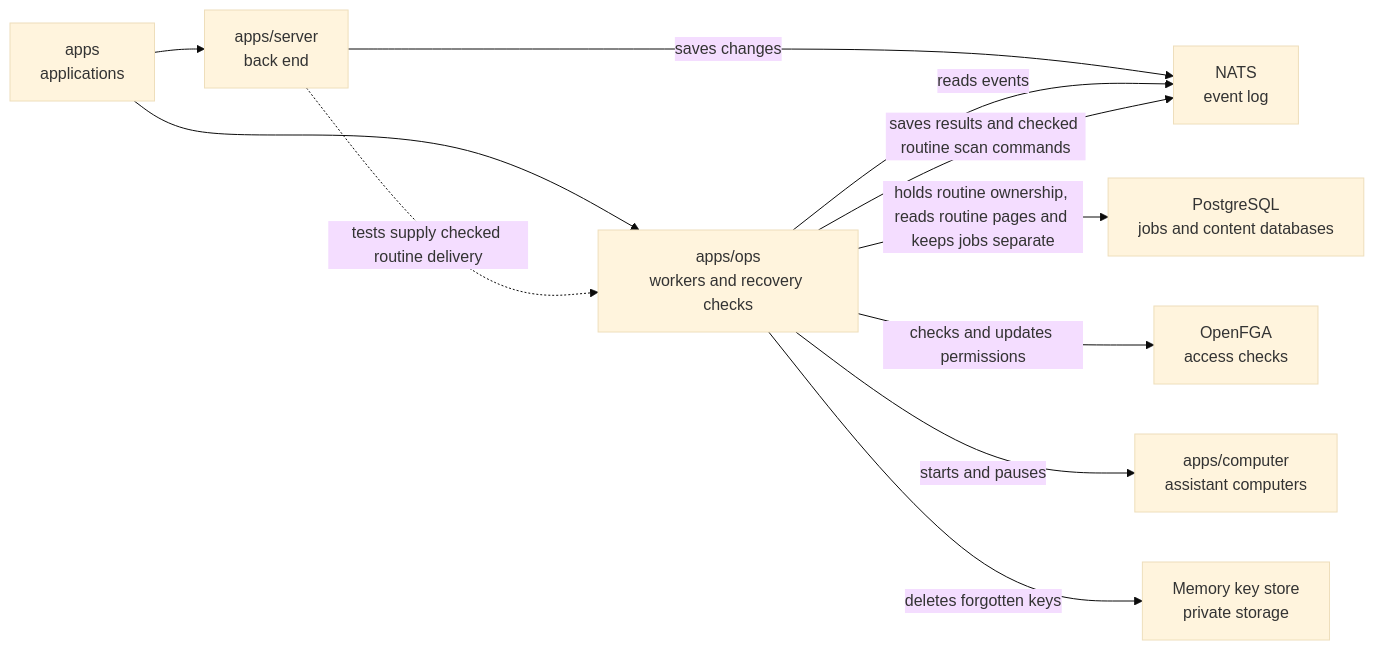
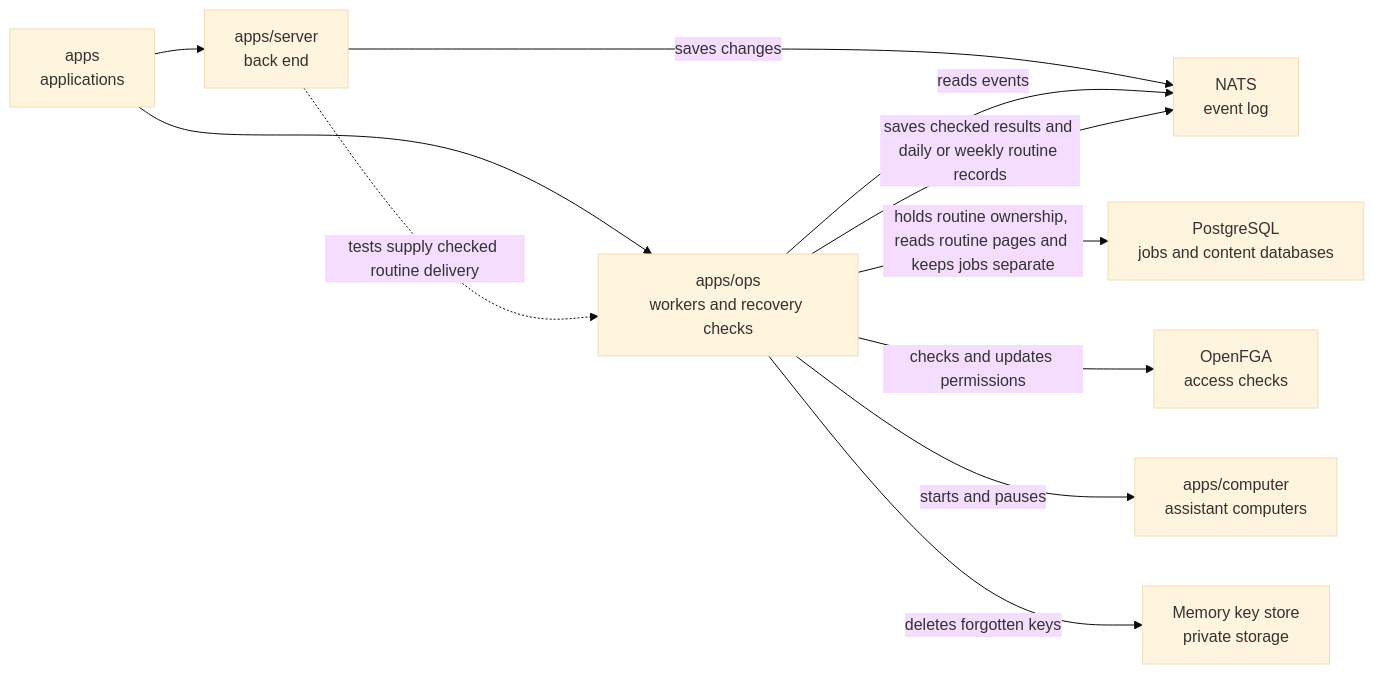
The diagram in apps/ops/README.md (elewa-git/opencrane-new), drawn with Mermaid (base theme) before and after one commit. The commit also changed other lines of this file and 6 other files, not shown here.

````diff
--- a/apps/ops/README.md
+++ b/apps/ops/README.md
@@ -17,13 +17,13 @@
 ```mermaid
 flowchart LR
   apps["apps<br/>applications"] --> ops["apps/ops<br/>workers and recovery checks"]
   apps --> server["apps/server<br/>back end"]
   server -.->|tests supply checked routine delivery| ops
   server -->|saves changes| nats["NATS<br/>event log"]
   ops -->|reads events| nats
-  ops -->|saves results and checked routine scan commands| nats
+  ops -->|saves checked results and daily or weekly routine records| nats
   ops -->|holds routine ownership, reads routine pages and keeps jobs separate| pg["PostgreSQL<br/>jobs and content databases"]
   ops -->|checks and updates permissions| fga["OpenFGA<br/>access checks"]
   ops -->|starts and pauses| computer["apps/computer<br/>assistant computers"]
   ops -->|deletes forgotten keys| keys["Memory key store<br/>private storage"]
 ```
````
